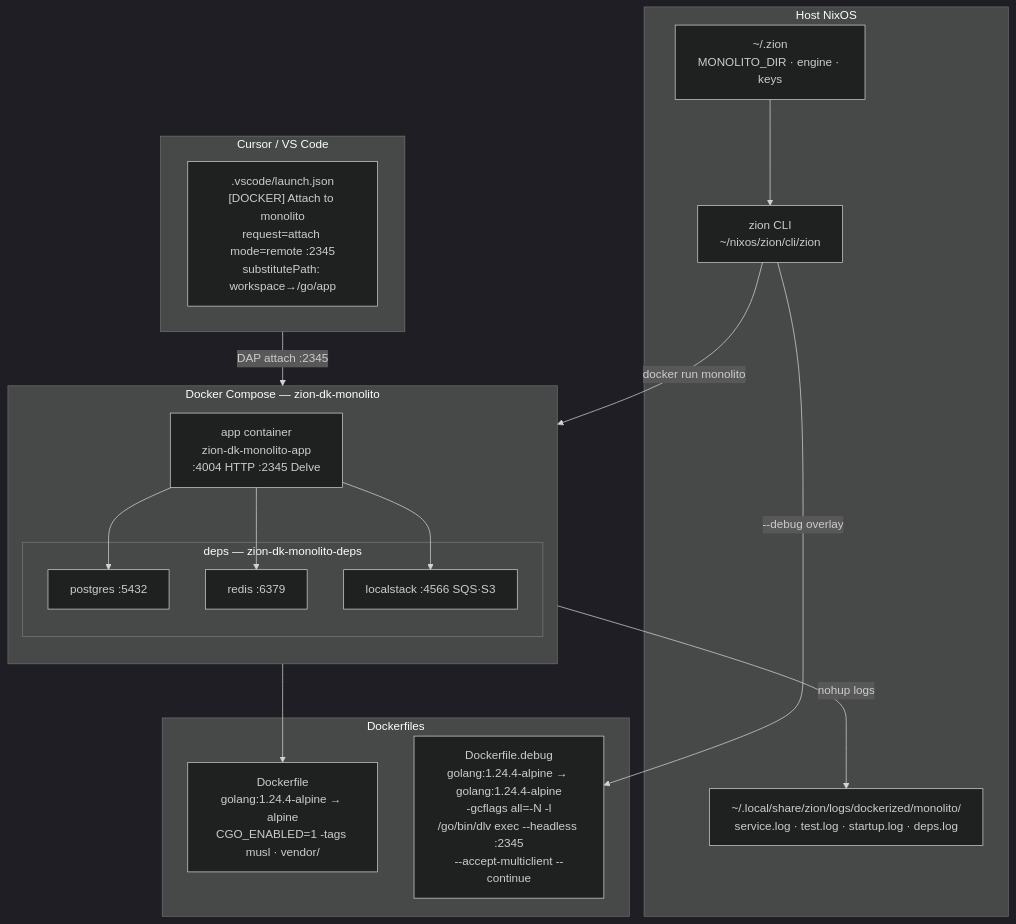
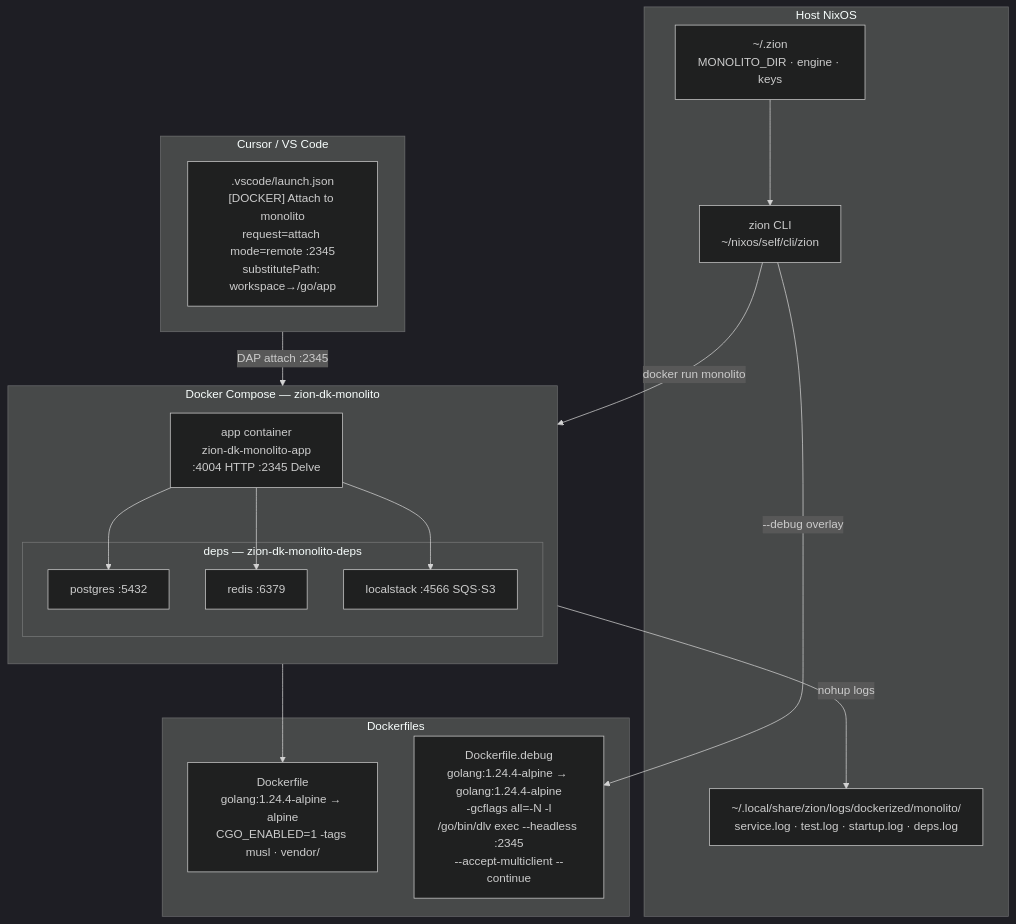
Before and after one commit to autibequi/nixos: the first of 2 diagrams in zion/containers/monolito/README.md, drawn with Mermaid (dark theme). The commit also changed 43 other files, not shown here.

````diff
--- a/zion/containers/monolito/README.md
+++ b/zion/containers/monolito/README.md
@@ -27,35 +27,35 @@
 ```mermaid
 graph TD
     subgraph HOST["Host NixOS"]
-        ZionCLI["zion CLI\n~/nixos/zion/cli/zion"]
+        ZionCLI["zion CLI\n~/nixos/self/cli/zion"]
         ZionCFG["~/.zion\nMONOLITO_DIR · engine · keys"]
         LOGS["~/.local/share/zion/logs/dockerized/monolito/\nservice.log · test.log · startup.log · deps.log"]
     end
 
     subgraph COMPOSE["Docker Compose — zion-dk-monolito"]
         direction TB
         APP["app container\nzion-dk-monolito-app\n:4004 HTTP  :2345 Delve"]
         subgraph DEPS["deps — zion-dk-monolito-deps"]
             PG["postgres :5432"]
             RD["redis :6379"]
             LS["localstack :4566 SQS·S3"]
         end
     end
 
     subgraph IMGS["Dockerfiles"]
         DF["Dockerfile\ngolang:1.24.4-alpine → alpine\nCGO_ENABLED=1 -tags musl · vendor/"]
         DFD["Dockerfile.debug\ngolang:1.24.4-alpine → golang:1.24.4-alpine\n-gcflags all=-N -l\n/go/bin/dlv exec --headless :2345\n--accept-multiclient --continue"]
     end
 
     subgraph CURSOR["Cursor / VS Code"]
         LC[".vscode/launch.json\n[DOCKER] Attach to monolito\nrequest=attach mode=remote :2345\nsubstitutePath: workspace→/go/app"]
     end
 
     ZionCFG --> ZionCLI
     ZionCLI -->|"docker run monolito"| APP
     ZionCLI -->|"--debug overlay"| DFD
     APP --> DF
     APP --> PG & RD & LS
     APP -->|"nohup logs"| LOGS
     CURSOR -->|"DAP attach :2345"| APP
 ```
````
